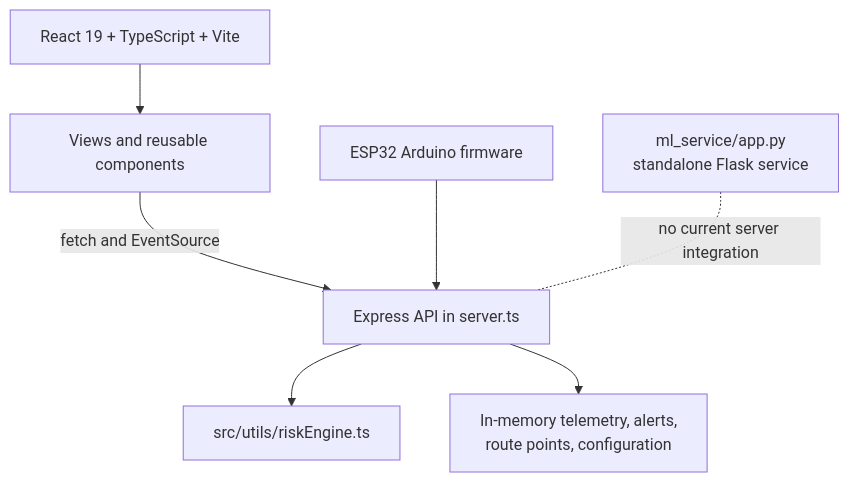
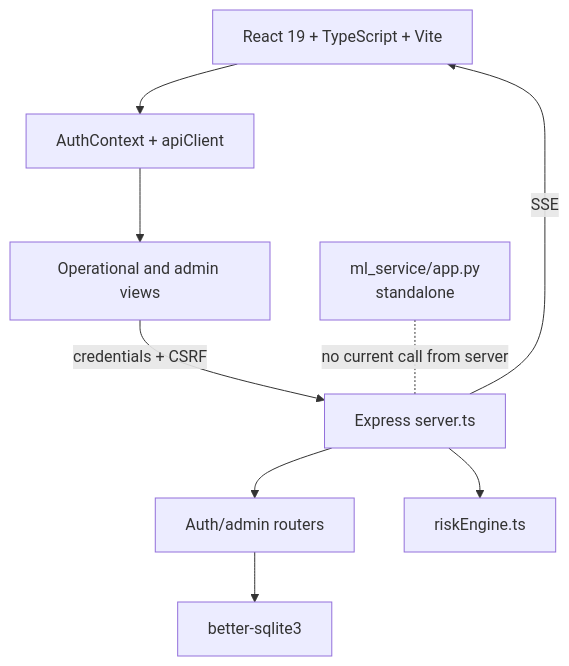
Before and after one commit to Jotimoy/AIoT-Smart-Launch-Risk-Assessment: the fourth of 5 diagrams in README.md, drawn with Mermaid. The commit also changed other lines of this file, not shown here.

Commit message:
docs: update README for auth and theme flow

````diff
--- a/README.md
+++ b/README.md
@@ -102,16 +127,19 @@
 ```mermaid
 flowchart TB
   UI[React 19 + TypeScript + Vite]
-  V[Views and reusable components]
-  API[Express API in server.ts]
-  RISK[src/utils/riskEngine.ts]
-  STATE[In-memory telemetry, alerts,<br/>route points, configuration]
-  FW[ESP32 Arduino firmware]
-  ML[ml_service/app.py<br/>standalone Flask service]
-  UI --> V
-  V -->|fetch and EventSource| API
+  AUTH[AuthContext + apiClient]
+  VIEWS[Operational and admin views]
+  API[Express server.ts]
+  AUTHAPI[Auth/admin routers]
+  DB[better-sqlite3]
+  RISK[riskEngine.ts]
+  ML[ml_service/app.py<br/>standalone]
+  UI --> AUTH
+  AUTH --> VIEWS
+  VIEWS -->|credentials + CSRF| API
+  API --> AUTHAPI
+  AUTHAPI --> DB
   API --> RISK
-  API --> STATE
-  FW --> API
-  ML -. no current server integration .- API
+  API -->|SSE| UI
+  ML -. no current call from server .- API
 ```
````
